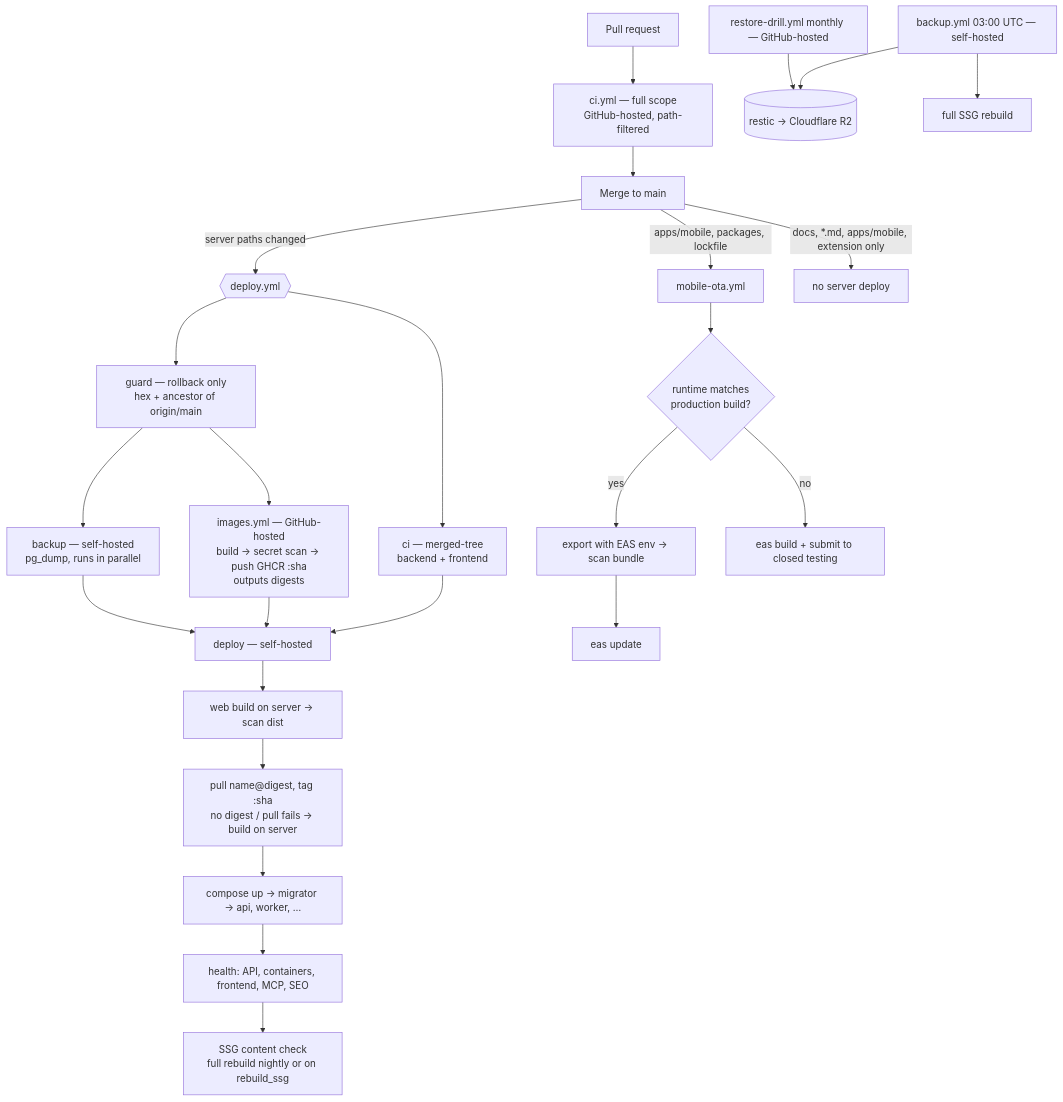
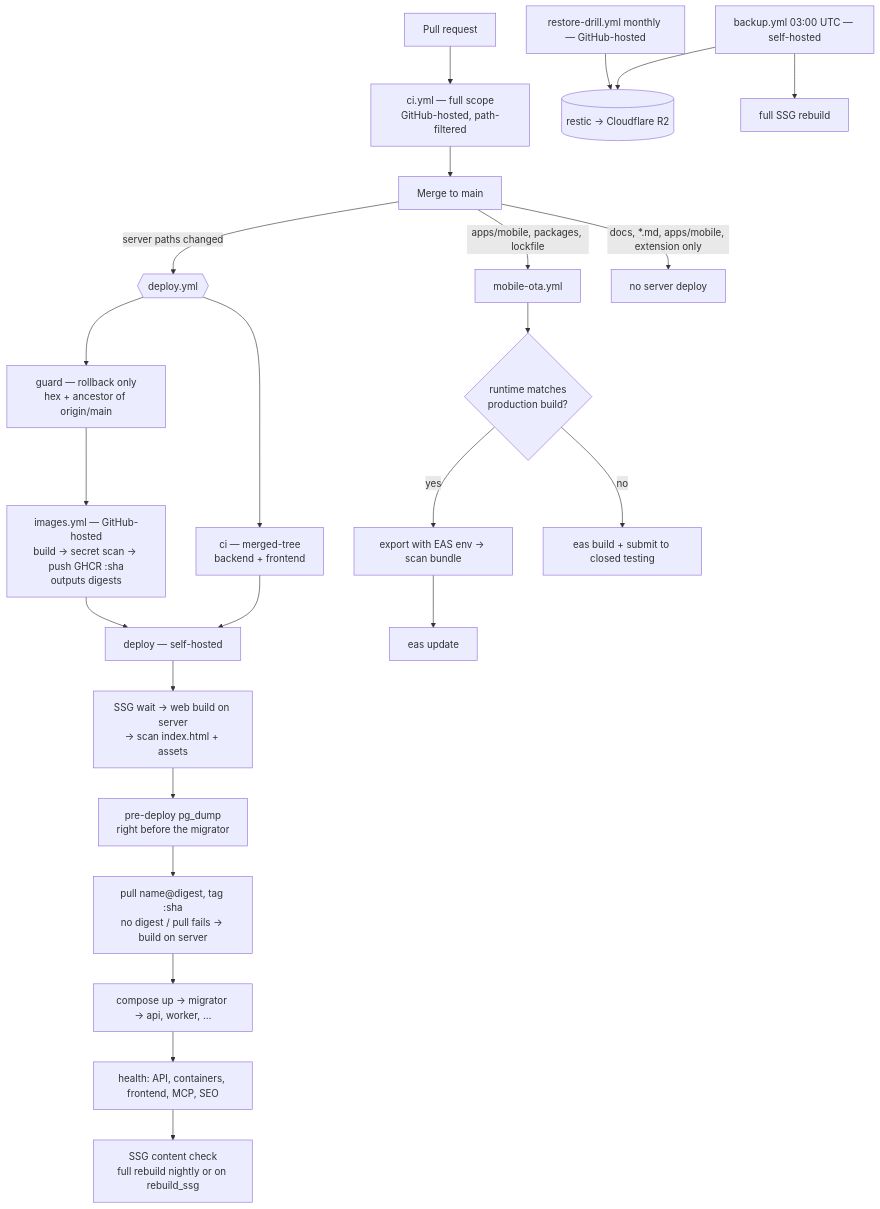
The diagram in docs/01-architecture/delivery.md (mrviduus/textstack), drawn with Mermaid before and after one commit. The commit also changed other lines of this file and 7 other files, not shown here.

First line of the commit message:
ci(delivery): review fixes — run's own scanner, vite-only dist scan, OTA scan before store build, dump before migrator

````diff
--- a/docs/01-architecture/delivery.md
+++ b/docs/01-architecture/delivery.md
@@ -20,32 +20,31 @@
 ```mermaid
 flowchart TD
   PR[Pull request] --> CI[ci.yml — full scope<br/>GitHub-hosted, path-filtered]
   CI --> M[Merge to main]
 
   M -->|server paths changed| D{{deploy.yml}}
   M -->|apps/mobile, packages, lockfile| OTA[mobile-ota.yml]
   M -->|docs, *.md, apps/mobile, extension only| SKIP[no server deploy]
 
   D --> G[guard — rollback only<br/>hex + ancestor of origin/main]
   D --> CIM[ci — merged-tree<br/>backend + frontend]
   G --> IMG[images.yml — GitHub-hosted<br/>build → secret scan → push GHCR :sha<br/>outputs digests]
-  G --> BK[backup — self-hosted<br/>pg_dump, runs in parallel]
 
   CIM --> DEP
-  IMG --> DEP
-  BK --> DEP[deploy — self-hosted]
+  IMG --> DEP[deploy — self-hosted]
 
-  DEP --> W[web build on server → scan dist]
-  W --> P[pull name@digest, tag :sha<br/>no digest / pull fails → build on server]
+  DEP --> W[SSG wait → web build on server<br/>→ scan index.html + assets]
+  W --> BK[pre-deploy pg_dump<br/>right before the migrator]
+  BK --> P[pull name@digest, tag :sha<br/>no digest / pull fails → build on server]
   P --> UP[compose up → migrator → api, worker, …]
   UP --> H[health: API, containers, frontend, MCP, SEO]
   H --> SSG[SSG content check<br/>full rebuild nightly or on rebuild_ssg]
 
   OTA --> FP{runtime matches<br/>production build?}
   FP -->|yes| SCAN[export with EAS env → scan bundle] --> PUB[eas update]
   FP -->|no| EAS[eas build + submit to closed testing]
 
   NIGHT[backup.yml 03:00 UTC — self-hosted] --> R2[(restic → Cloudflare R2)]
   NIGHT --> SSGN[full SSG rebuild]
   DRILL[restore-drill.yml monthly — GitHub-hosted] --> R2
 ```
````
